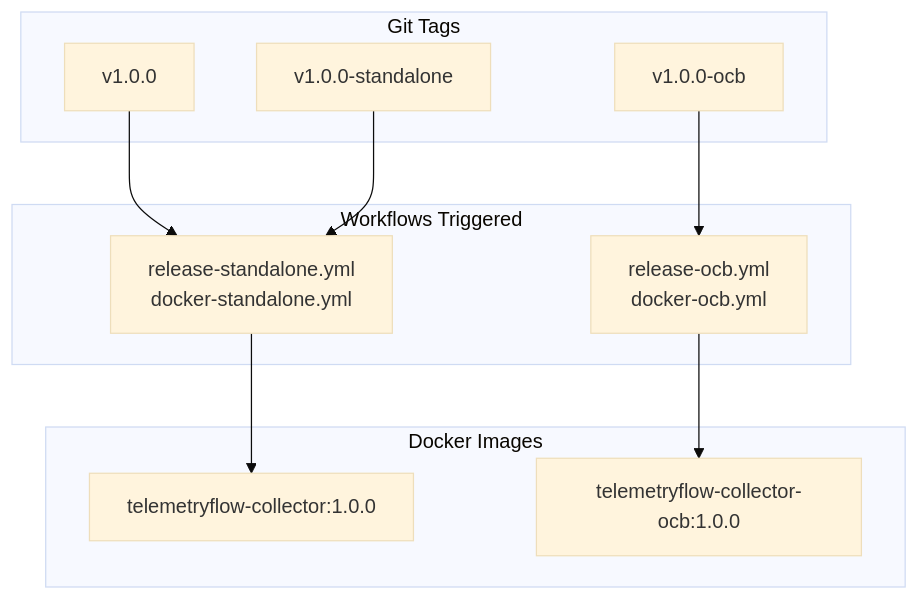
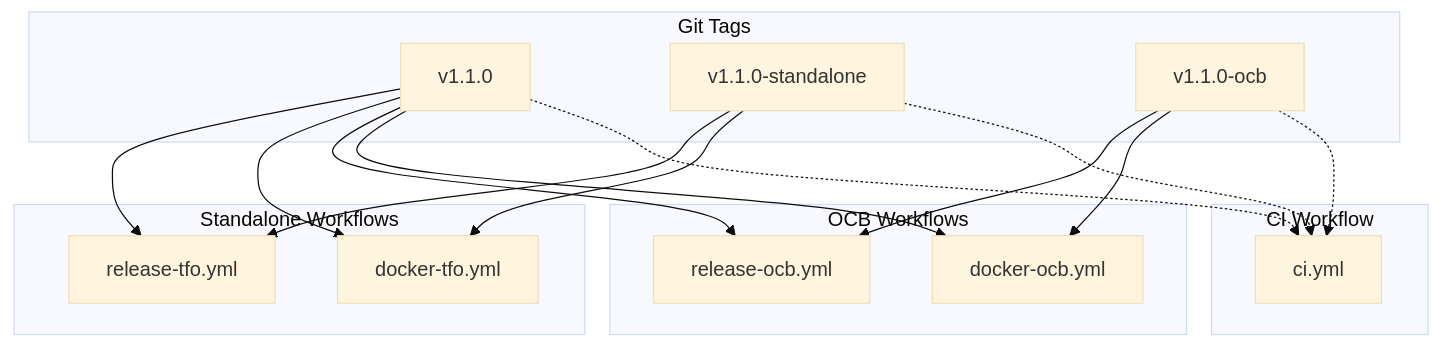
One commit to telemetryflow/telemetryflow-collector changed diagram 13 of 21 in docs/GITHUB-WORKFLOWS.md. Above: the diagram before and after it, drawn with Mermaid (base theme). The commit also changed other lines of this file and 35 other files, not shown here.

Commit message:
Refactoring TFO-Collector Standalone capabilities and add more addons component to TFO-Collector OCB

````diff
--- a/docs/GITHUB-WORKFLOWS.md
+++ b/docs/GITHUB-WORKFLOWS.md
@@ -448,25 +470,35 @@
 ```mermaid
 flowchart TD
     subgraph "Git Tags"
-        T1[v1.0.0]
-        T2[v1.0.0-standalone]
-        T3[v1.0.0-ocb]
+        V1[v1.1.0]
+        V2[v1.1.0-standalone]
+        V3[v1.1.0-ocb]
     end
 
-    subgraph "Workflows Triggered"
-        W1[release-standalone.yml<br/>docker-standalone.yml]
-        W2[release-ocb.yml<br/>docker-ocb.yml]
+    subgraph "Standalone Workflows"
+        RST[release-tfo.yml]
+        DST[docker-tfo.yml]
     end
 
-    subgraph "Docker Images"
-        D1[telemetryflow-collector:1.0.0]
-        D2[telemetryflow-collector-ocb:1.0.0]
+    subgraph "OCB Workflows"
+        ROCB[release-ocb.yml]
+        DOCB[docker-ocb.yml]
     end
 
-    T1 --> W1
-    T2 --> W1
-    T3 --> W2
+    subgraph "CI Workflow"
+        CIW[ci.yml]
+    end
 
-    W1 --> D1
-    W2 --> D2
+    V1 --> RST
+    V1 --> DST
+    V1 --> ROCB
+    V1 --> DOCB
+    V2 --> RST
+    V2 --> DST
+    V3 --> ROCB
+    V3 --> DOCB
+
+    V1 -.-> CIW
+    V2 -.-> CIW
+    V3 -.-> CIW
 ```
````
